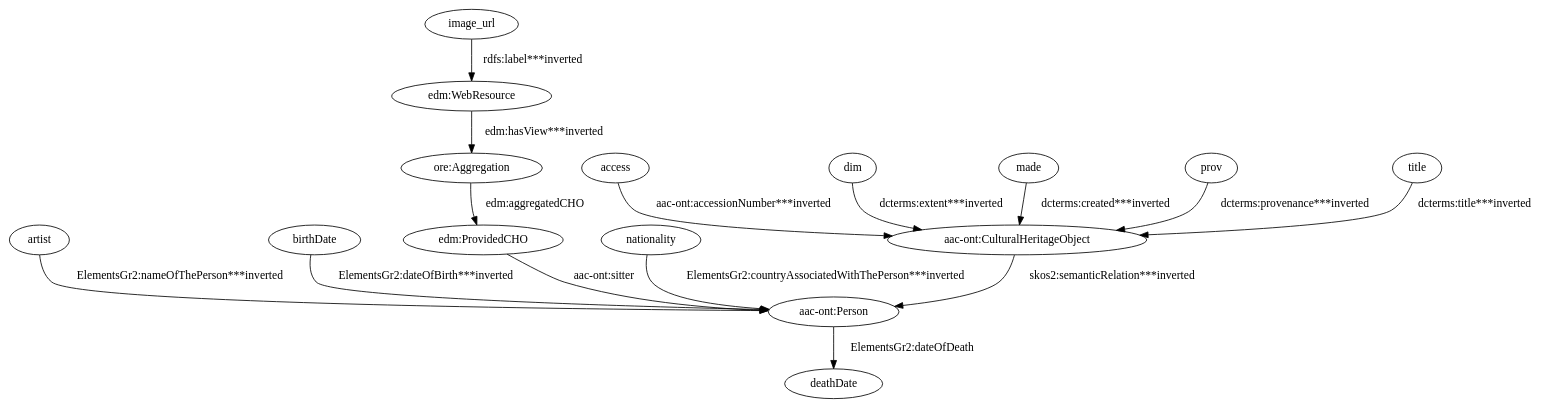
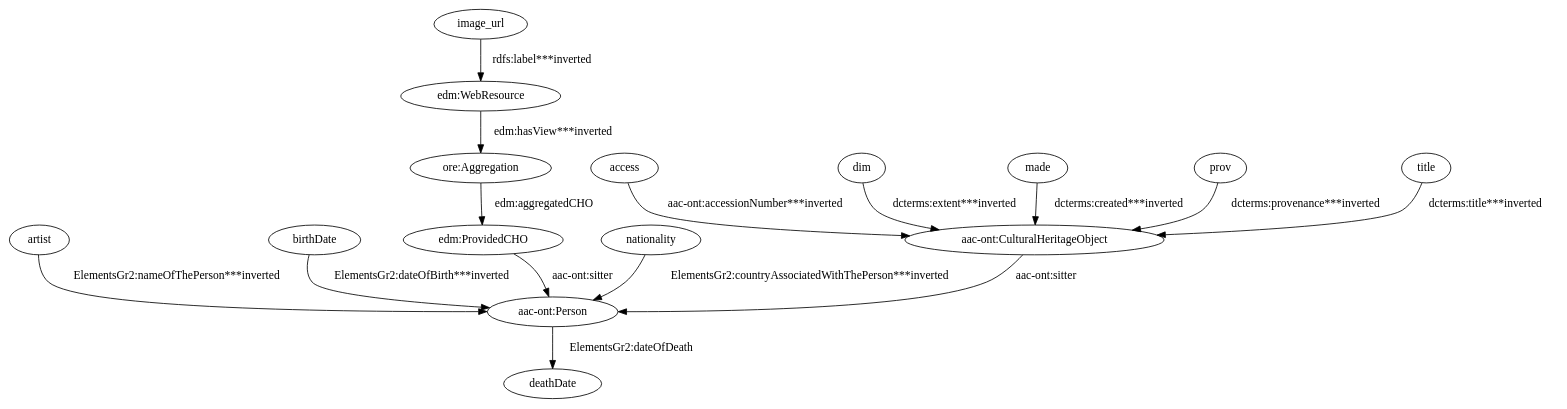
The diagram in data/taheriyan2016/task_03/semantic_models/steiner/dot/s24-s-norton-simon.dot (giuseppefutia/semi), drawn with Graphviz before and after one commit. The commit also changed 311 other files, not shown here.

```diff
--- a/data/taheriyan2016/task_03/semantic_models/steiner/dot/s24-s-norton-simon.dot
+++ b/data/taheriyan2016/task_03/semantic_models/steiner/dot/s24-s-norton-simon.dot
@@ -1,31 +1,31 @@
 digraph {
   "aac-ont:CulturalHeritageObject1" [type=class_uri,label="aac-ont:CulturalHeritageObject"]
   "aac-ont:Person1" [type=class_uri,label="aac-ont:Person"]
   deathDate [type=attribute_name,label=deathDate]
   access [type=attribute_name,label=access]
   artist [type=attribute_name,label=artist]
   birthDate [type=attribute_name,label=birthDate]
   dim [type=attribute_name,label=dim]
   "edm:ProvidedCHO" [type=class_uri,label="edm:ProvidedCHO"]
   "edm:WebResource1" [type=class_uri,label="edm:WebResource"]
   "ore:Aggregation" [type=class_uri,label="ore:Aggregation"]
   image_url [type=attribute_name,label=image_url]
   made [type=attribute_name,label=made]
   nationality [type=attribute_name,label=nationality]
   prov [type=attribute_name,label=prov]
   title [type=attribute_name,label=title]
-  "aac-ont:CulturalHeritageObject1" -> "aac-ont:Person1" [type=inherited,label="skos2:semanticRelation***inverted",weight=4]
+  "aac-ont:CulturalHeritageObject1" -> "aac-ont:Person1" [label="aac-ont:sitter",type=direct_property_uri,weight=1]
   "aac-ont:Person1" -> deathDate [label="ElementsGr2:dateOfDeath",type=st_property_uri]
   access -> "aac-ont:CulturalHeritageObject1" [type=st_property_uri,label="aac-ont:accessionNumber***inverted",weight=1]
   artist -> "aac-ont:Person1" [type=st_property_uri,label="ElementsGr2:nameOfThePerson***inverted",weight=1]
   birthDate -> "aac-ont:Person1" [type=st_property_uri,label="ElementsGr2:dateOfBirth***inverted",weight=1]
   dim -> "aac-ont:CulturalHeritageObject1" [type=st_property_uri,label="dcterms:extent***inverted",weight=1]
   "edm:ProvidedCHO" -> "aac-ont:Person1" [label="aac-ont:sitter",type=direct_property_uri,weight=1]
   "edm:WebResource1" -> "ore:Aggregation" [type=direct_property_uri,label="edm:hasView***inverted",weight=1]
   image_url -> "edm:WebResource1" [type=st_property_uri,label="rdfs:label***inverted",weight=1]
   made -> "aac-ont:CulturalHeritageObject1" [type=st_property_uri,label="dcterms:created***inverted",weight=1]
   nationality -> "aac-ont:Person1" [type=st_property_uri,label="ElementsGr2:countryAssociatedWithThePerson***inverted",weight=1]
   "ore:Aggregation" -> "edm:ProvidedCHO" [label="edm:aggregatedCHO",type=direct_property_uri,weight=1]
   prov -> "aac-ont:CulturalHeritageObject1" [type=st_property_uri,label="dcterms:provenance***inverted",weight=1]
   title -> "aac-ont:CulturalHeritageObject1" [type=st_property_uri,label="dcterms:title***inverted",weight=1]
 }
```
